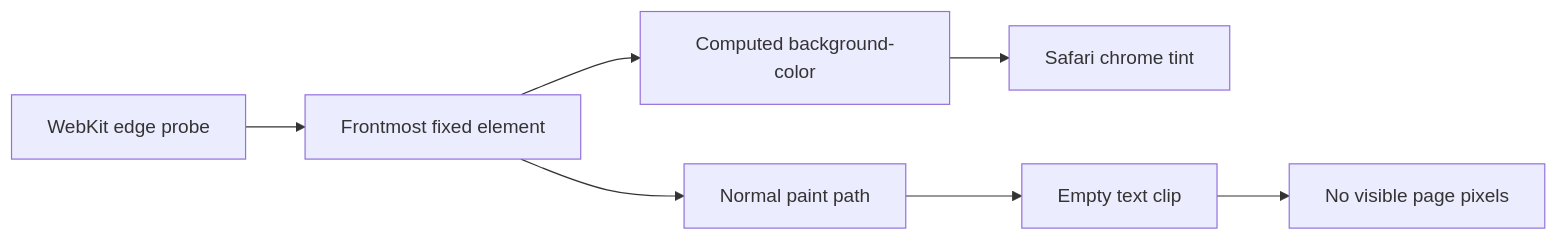
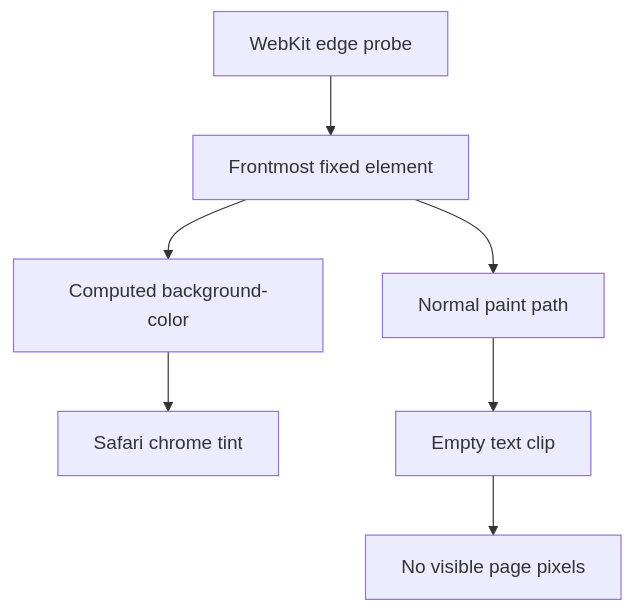
Before and after one commit to exsesx/exsesx.dev: the diagram in src/content/blog/safari-26-invisible-tint-sampler/en.mdx, drawn with Mermaid. The commit also changed 126 other files, not shown here.

First line of the commit message:
feat: restyle the site in graphite for 2.1 (#56)

````diff
--- a/src/content/blog/safari-26-invisible-tint-sampler/en.mdx
+++ b/src/content/blog/safari-26-invisible-tint-sampler/en.mdx
@@ -173,11 +173,11 @@
 ```mermaid
-flowchart LR
+flowchart TD
   accTitle: Safari fixed edge color sampling
   accDescr: WebKit hit-tests the frontmost fixed edge element and reads its computed background color, while the normal painter clips that same element to empty text and draws no page pixels.
 probe["WebKit edge probe"] --> hit["Frontmost fixed element"]
 hit --> computedColor["Computed background-color"]
 computedColor --> toolbarTint["Safari chrome tint"]
 hit --> painter["Normal paint path"]
 painter --> emptyClip["Empty text clip"]
 emptyClip --> paintless["No visible page pixels"]
 ```
````
